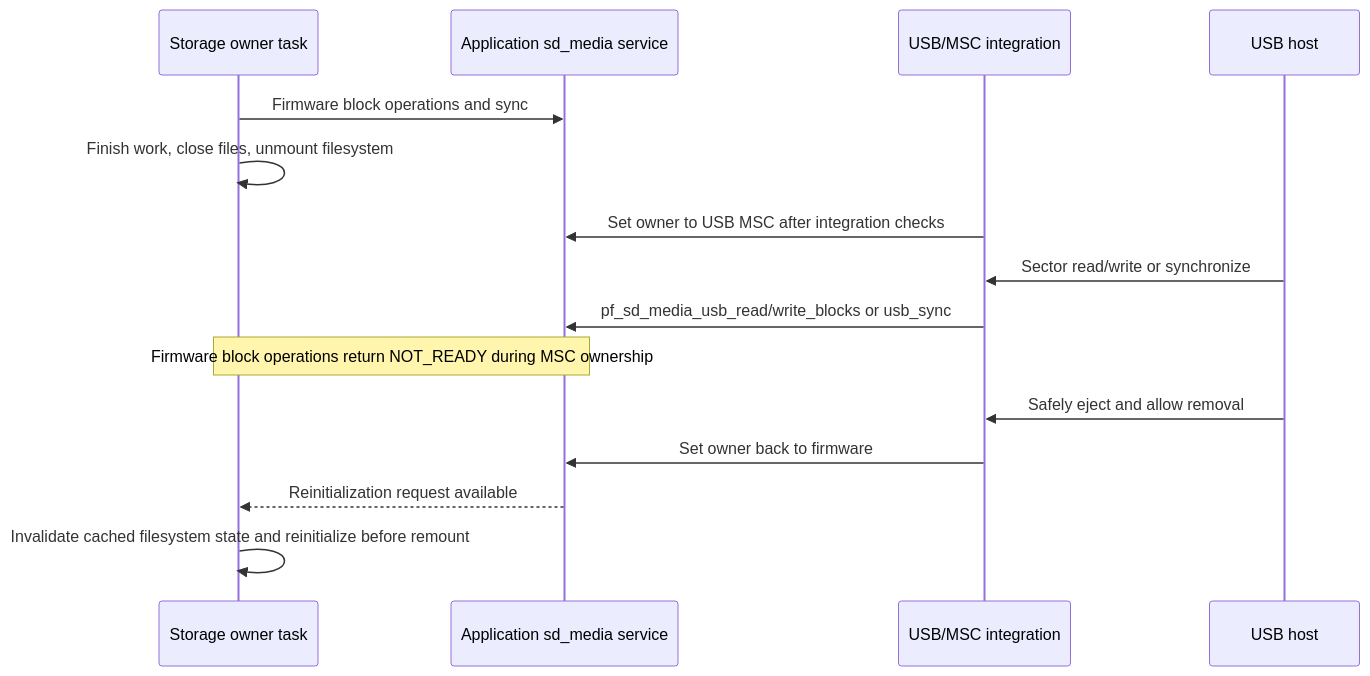
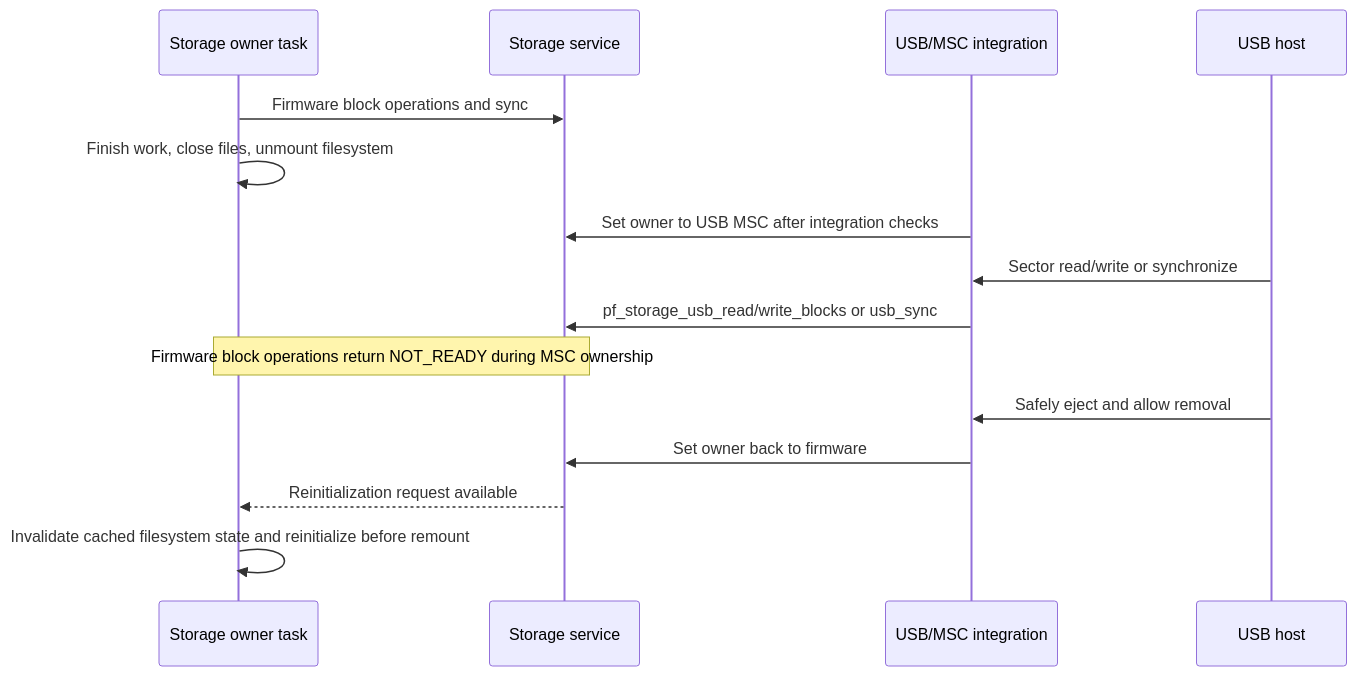
The fifth of 5 diagrams in docs/design/sdcard/sdcard-driver-design.md (djwinter29-oss/PicoForge), drawn with Mermaid before and after one commit. The commit also changed other lines of this file and 60 other files, not shown here.

````diff
--- a/docs/design/sdcard/sdcard-driver-design.md
+++ b/docs/design/sdcard/sdcard-driver-design.md
@@ -881,17 +836,17 @@
 ```mermaid
 sequenceDiagram
     participant FW as Storage owner task
-    participant Card as Application sd_media service
+    participant Card as Storage service
     participant USB as USB/MSC integration
     participant Host as USB host
     FW->>Card: Firmware block operations and sync
     FW->>FW: Finish work, close files, unmount filesystem
     USB->>Card: Set owner to USB MSC after integration checks
     Host->>USB: Sector read/write or synchronize
-    USB->>Card: pf_sd_media_usb_read/write_blocks or usb_sync
+    USB->>Card: pf_storage_usb_read/write_blocks or usb_sync
     Note over FW,Card: Firmware block operations return NOT_READY during MSC ownership
     Host->>USB: Safely eject and allow removal
     USB->>Card: Set owner back to firmware
     Card-->>FW: Reinitialization request available
     FW->>FW: Invalidate cached filesystem state and reinitialize before remount
 ```
````
